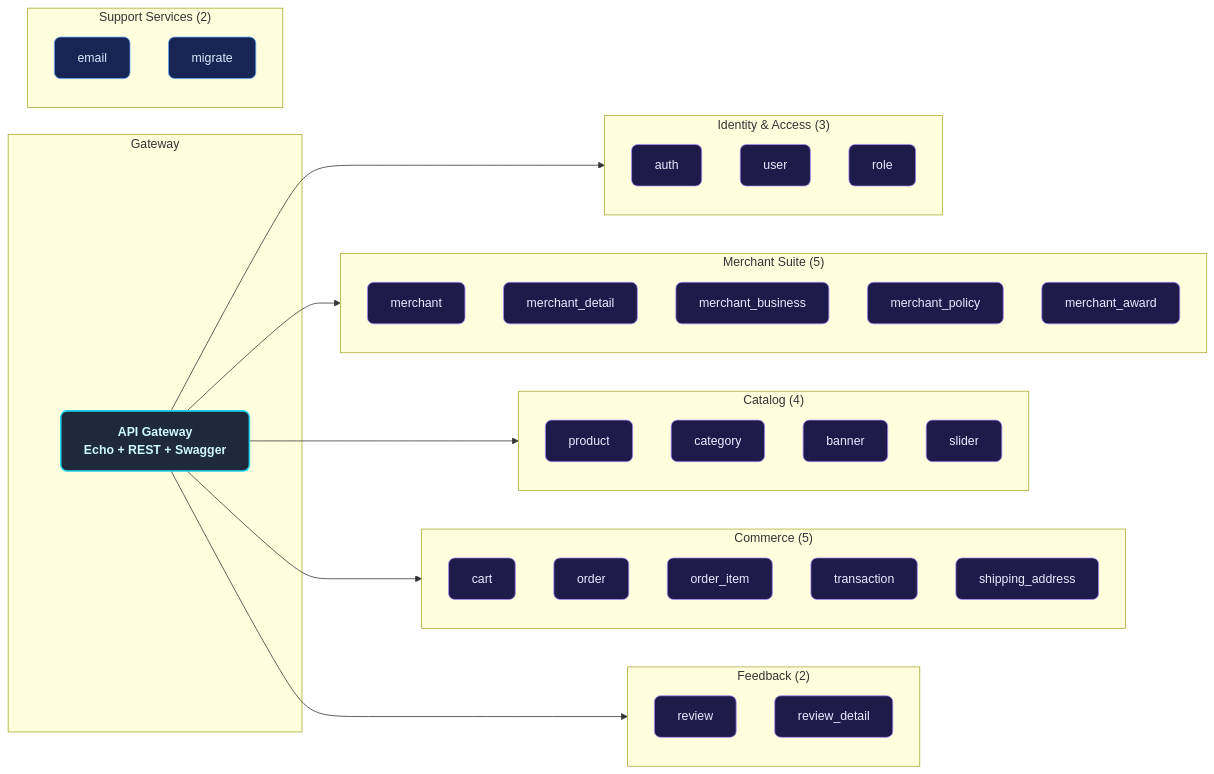
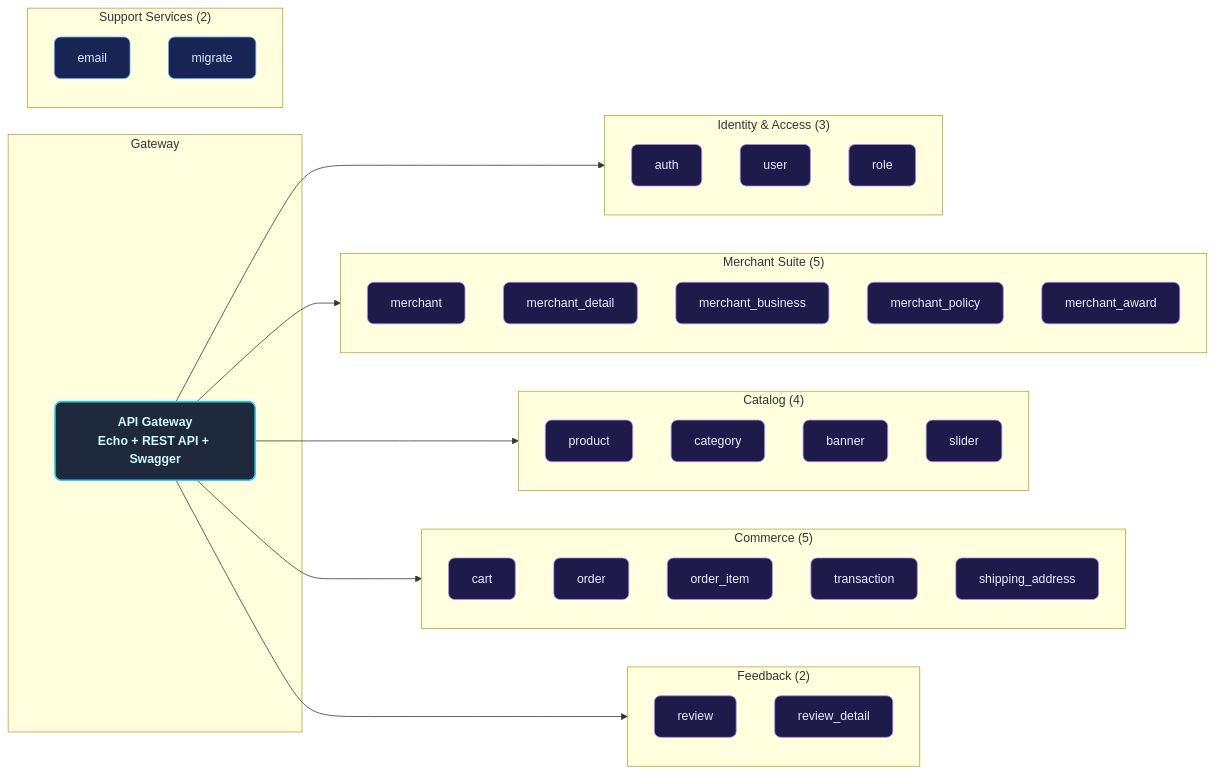
The second of 8 diagrams in README.md (MamangRust/monolith-ecommerce-grpc), drawn with Mermaid before and after one commit. The commit also changed other lines of this file, not shown here.

Commit message:
docs: update API documentation, endpoints, and tooling references in README.md

````diff
--- a/README.md
+++ b/README.md
@@ -149,55 +149,55 @@
 ```mermaid
 graph LR
     classDef svc fill:#1e1b4b,stroke:#a78bfa,color:#ede9fe,stroke-width:1px,rx:8
     classDef gw fill:#1e293b,stroke:#22d3ee,color:#cffafe,stroke-width:2px,rx:8,font-weight:bold
     classDef support fill:#172554,stroke:#60a5fa,color:#dbeafe,stroke-width:1px,rx:8
 
     subgraph Gateway
-        API["API Gateway<br/>Echo + REST + Swagger"]:::gw
+        API["API Gateway<br/>Echo + REST API + Swagger"]:::gw
     end
 
     subgraph Identity["Identity & Access (3)"]
         A1["auth"]:::svc
         A2["user"]:::svc
         A3["role"]:::svc
     end
 
     subgraph Merchant["Merchant Suite (5)"]
         M1["merchant"]:::svc
         M2["merchant_detail"]:::svc
         M3["merchant_business"]:::svc
         M4["merchant_policy"]:::svc
         M5["merchant_award"]:::svc
     end
 
     subgraph Catalog["Catalog (4)"]
         C1["product"]:::svc
         C2["category"]:::svc
         C3["banner"]:::svc
         C4["slider"]:::svc
     end
 
     subgraph Commerce["Commerce (5)"]
         O1["cart"]:::svc
         O2["order"]:::svc
         O3["order_item"]:::svc
         O4["transaction"]:::svc
         O5["shipping_address"]:::svc
     end
 
     subgraph Feedback["Feedback (2)"]
         R1["review"]:::svc
         R2["review_detail"]:::svc
     end
 
     subgraph Support["Support Services (2)"]
         S1["email"]:::support
         S2["migrate"]:::support
     end
 
     API --> Identity
     API --> Merchant
     API --> Catalog
     API --> Commerce
     API --> Feedback
 ```
````
